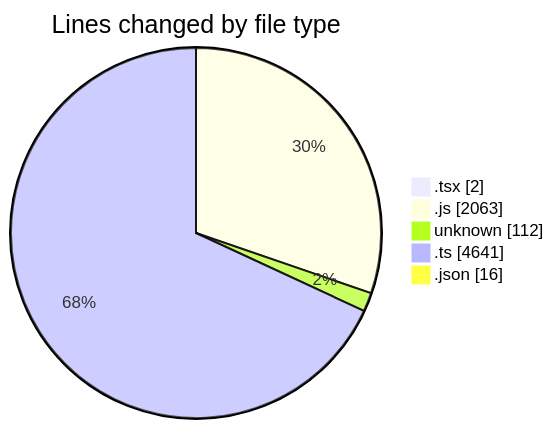
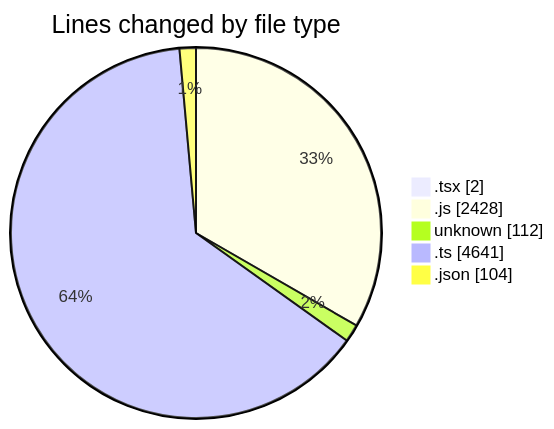
Before and after one commit to momahboobian/code-tracking: the first of 2 diagrams in 2026-05-06/cda/README.md, drawn with Mermaid. The commit also changed other lines of this file and 1 other file, not shown here.

````diff
--- a/2026-05-06/cda/README.md
+++ b/2026-05-06/cda/README.md
@@ -32,9 +34,9 @@
 ```mermaid
 pie showData
 title Lines changed by file type
 ".tsx" : 2
-".js" : 2063
+".js" : 2428
 "unknown" : 112
 ".ts" : 4641
-".json" : 16
+".json" : 104
 ```
````
